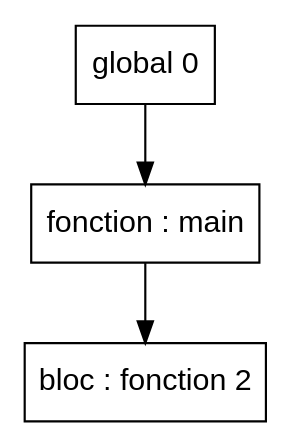
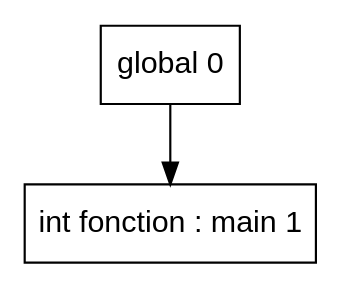
One commit to Hamza-ABDOULHOUSSEN/compil changed the diagram in Code/out/tds/dot/Test_Erreur_Semantique/non_def1Y.dot. Above: the diagram before and after it, drawn with Graphviz. The commit also changed 51 other files, not shown here.

```diff
--- a/Code/out/tds/dot/Test_Erreur_Semantique/non_def1Y.dot
+++ b/Code/out/tds/dot/Test_Erreur_Semantique/non_def1Y.dot
@@ -1,17 +1,13 @@
 digraph "tds"{
 
 	node [fontname="Arial"];
 
-	N2 [shape=record label="{ bloc : fonction  2
-	}"];
-
-	N1 [shape=record label="{ fonction : main
+	N1 [shape=record label="{ int fonction : main 1
 	}"];
 
 	N0 [shape=record label="{ global 0
 	}"];
 
 
 	N0 -> N1; 
-	N1 -> N2; 
 }
```
